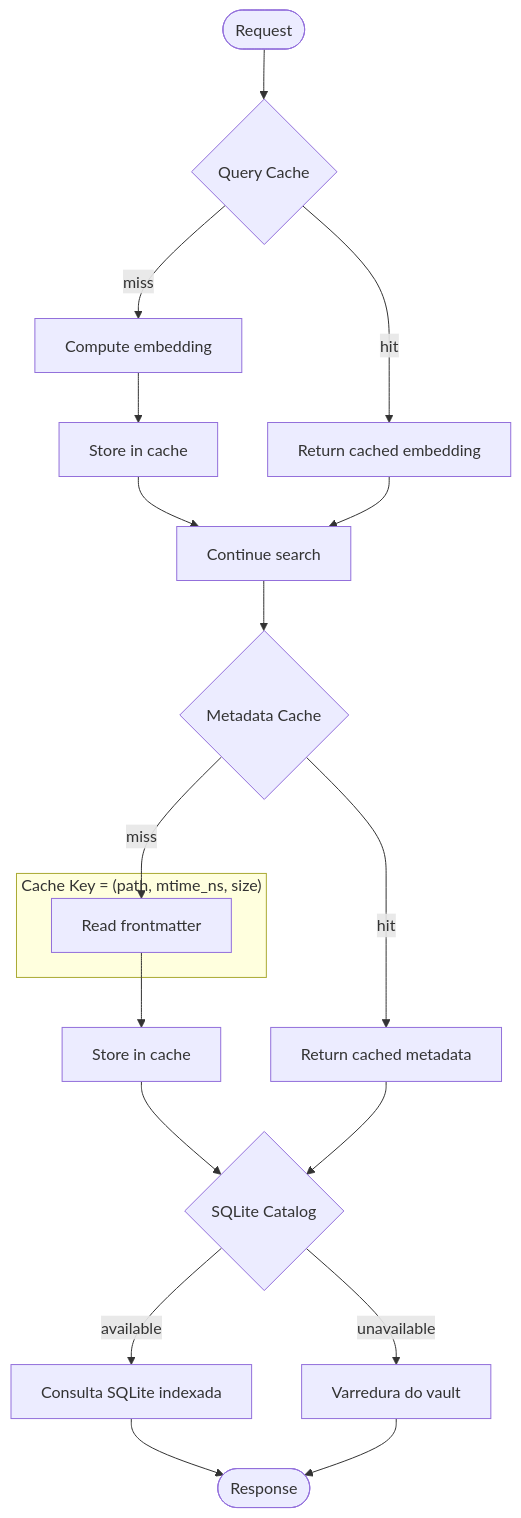
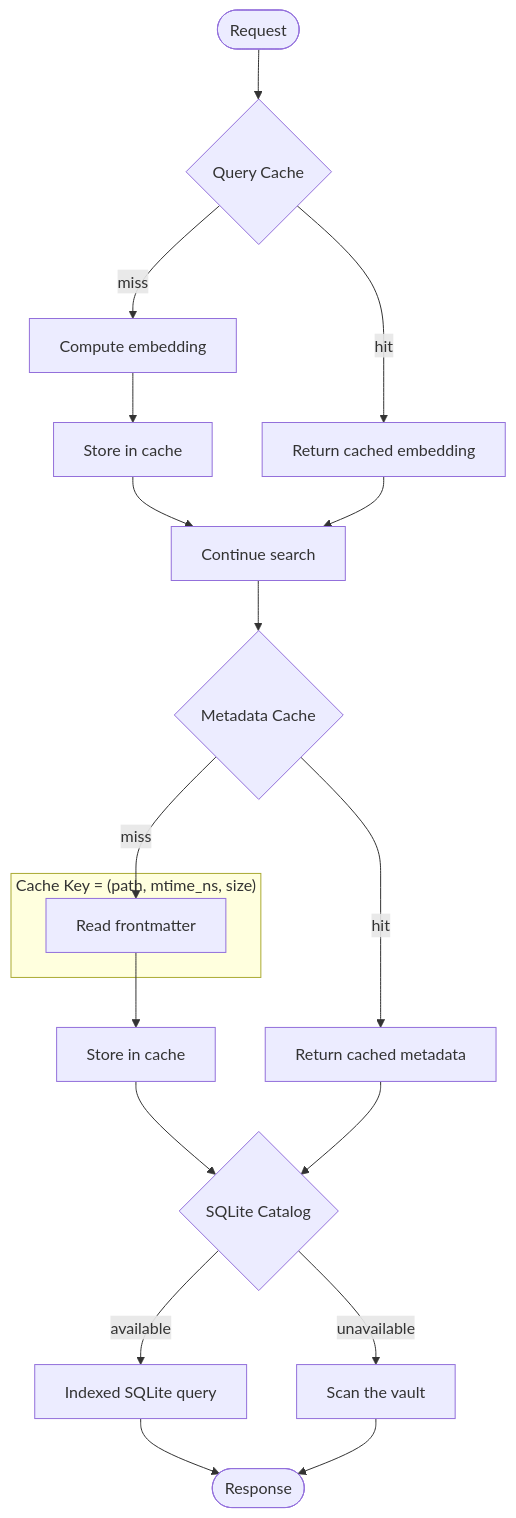
One commit to everton-dgn/vault-search-mcp changed the first of 12 diagrams in docs/architecture/diagrams-features.md. Above: the diagram before and after it, drawn with Mermaid. The commit also changed other lines of this file and 200 other files, not shown here.

````diff
--- a/docs/architecture/diagrams-features.md
+++ b/docs/architecture/diagrams-features.md
@@ -5,28 +5,28 @@
 ```mermaid
 flowchart TB
     Request([Request]) --> L1{Query Cache}
 
     L1 -->|hit| L1Hit[Return cached embedding]
     L1 -->|miss| Compute[Compute embedding]
     Compute --> L1Store[Store in cache]
     L1Store --> Continue[Continue search]
     L1Hit --> Continue
 
     Continue --> L2{Metadata Cache}
     L2 -->|hit| L2Hit[Return cached metadata]
     L2 -->|miss| Read[Read frontmatter]
     Read --> L2Store[Store in cache]
 
     subgraph CacheKey["Cache Key = (path, mtime_ns, size)"]
         Read
     end
 
     L2Store --> L3{SQLite Catalog}
     L2Hit --> L3
 
-    L3 -->|available| SQL[Consulta SQLite indexada]
-    L3 -->|unavailable| Scan[Varredura do vault]
+    L3 -->|available| SQL[Indexed SQLite query]
+    L3 -->|unavailable| Scan[Scan the vault]
 
     SQL --> Response([Response])
     Scan --> Response
 ```
````
